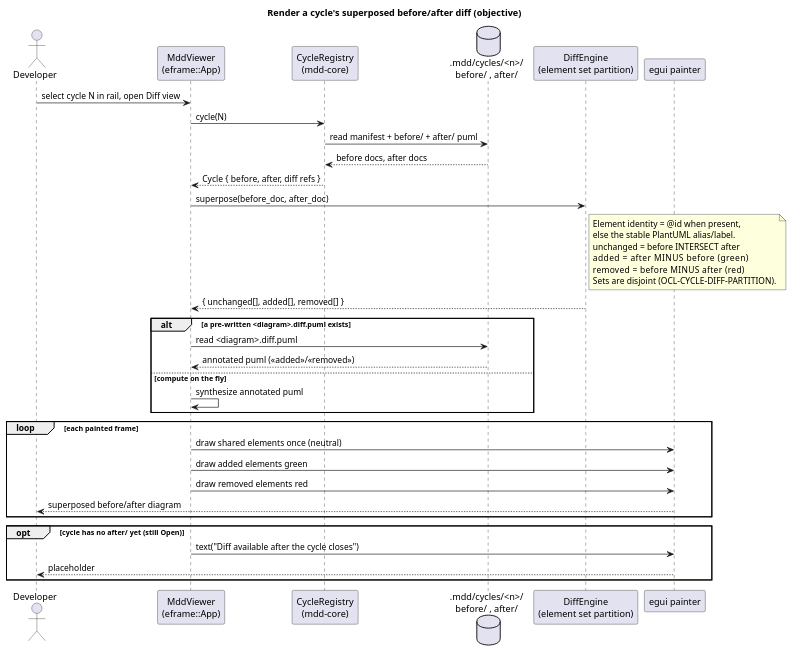
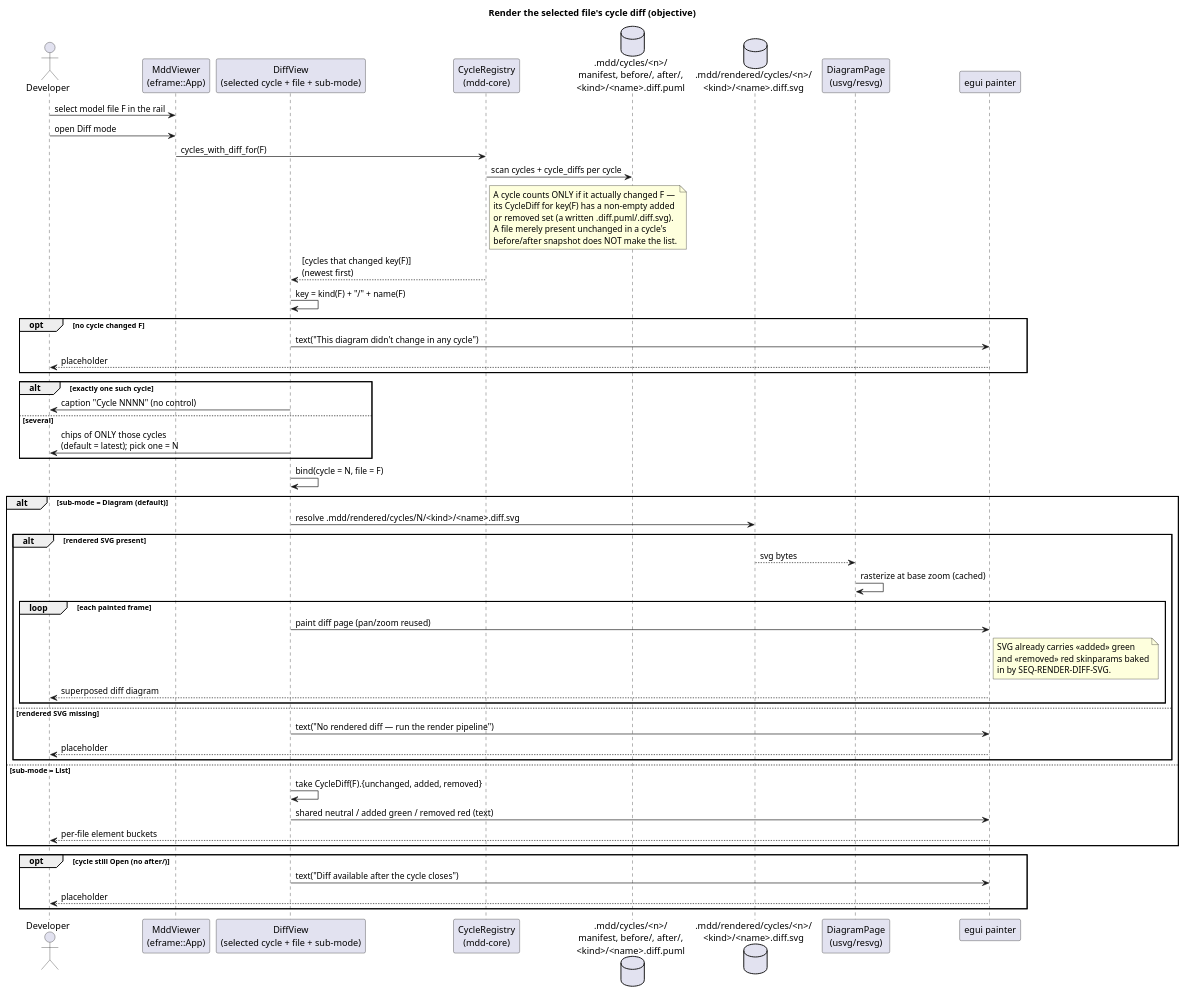
Before and after one commit to cthadeufaria/model-driven-development: the diagram in .mdd/models/objective/sequences/cycle-diff-view.puml, drawn with PlantUML. The commit also changed 366 other files, not shown here.

First line of the commit message:
Checkpoint: uncommitted MDD cycles 0001-0005 and crate work

```diff
--- a/.mdd/models/objective/sequences/cycle-diff-view.puml
+++ b/.mdd/models/objective/sequences/cycle-diff-view.puml
@@ -1,54 +1,78 @@
 @startuml
 ' @id(SEQ-RENDER-CYCLE-DIFF)
 ' @ref(USE-CYCLE-DIFF-VIEW)
+' @ref(USE-DIFF-DIAGRAM)
 '
-' Objective-side flow for the new superposed before/after diff view.
-' The viewer reads a closed cycle's snapshots and renders one diagram
-' with shared elements drawn once, additions green, removals red.
+' Objective-side flow for Diff mode. The view is keyed on the rail-
+' selected file; the cycle is chosen only among cycles that actually
+' changed that file (no global picker), defaulting to the latest. An
+' inner toggle picks the Diagram sub-view (pre-rendered superposed
+' .diff.svg on the canvas) or the List sub-view (per-file buckets).
 '
-' @desc(SEQ-RENDER-CYCLE-DIFF, "How the viewer builds a cycle's superposed diff: read before/ and after/ snapshots, partition elements into unchanged/added/removed, paint added green and removed red.")
-title Render a cycle's superposed before/after diff (objective)
+' @desc(SEQ-RENDER-CYCLE-DIFF, "Diff mode lists only cycles that actually changed the rail-selected file — its CycleDiff has a non-empty added/removed set (a written .diff), not merely present-unchanged in the snapshot (default latest; caption if one; placeholder if none); Diagram paints that cycle's .diff.svg, List shows its buckets.")
+title Render the selected file's cycle diff (objective)
 
 actor "Developer" as Dev
 participant "MddViewer\n(eframe::App)" as Viewer
+participant "DiffView\n(selected cycle + file + sub-mode)" as DV
 participant "CycleRegistry\n(mdd-core)" as Reg
-database ".mdd/cycles/<n>/\nbefore/ , after/" as Store
-participant "DiffEngine\n(element set partition)" as Diff
+database ".mdd/cycles/<n>/\nmanifest, before/, after/,\n<kind>/<name>.diff.puml" as Store
+database ".mdd/rendered/cycles/<n>/\n<kind>/<name>.diff.svg" as Rendered
+participant "DiagramPage\n(usvg/resvg)" as Page
 participant "egui painter" as Painter
 
-Dev -> Viewer : select cycle N in rail, open Diff view
-Viewer -> Reg : cycle(N)
-Reg -> Store : read manifest + before/ + after/ puml
-Store --> Reg : before docs, after docs
-Reg --> Viewer : Cycle { before, after, diff refs }
+Dev -> Viewer : select model file F in the rail
+Dev -> Viewer : open Diff mode
+Viewer -> Reg : cycles_with_diff_for(F)
+Reg -> Store : scan cycles + cycle_diffs per cycle
+note right of Reg
+  A cycle counts ONLY if it actually changed F —
+  its CycleDiff for key(F) has a non-empty added
+  or removed set (a written .diff.puml/.diff.svg).
+  A file merely present unchanged in a cycle's
+  before/after snapshot does NOT make the list.
+end note
+Reg --> DV : [cycles that changed key(F)]\n(newest first)
+DV -> DV : key = kind(F) + "/" + name(F)
 
-Viewer -> Diff : superpose(before_doc, after_doc)
-note right of Diff
-  Element identity = @id when present,
-  else the stable PlantUML alias/label.
-  unchanged = before INTERSECT after
-  added     = after  MINUS before  (green)
-  removed   = before MINUS after   (red)
-  Sets are disjoint (OCL-CYCLE-DIFF-PARTITION).
-end note
-Diff --> Viewer : { unchanged[], added[], removed[] }
-
-alt a pre-written <diagram>.diff.puml exists
-  Viewer -> Store : read <diagram>.diff.puml
-  Store --> Viewer : annotated puml (<<added>>/<<removed>>)
-else compute on the fly
-  Viewer -> Viewer : synthesize annotated puml
+opt no cycle changed F
+  DV -> Painter : text("This diagram didn't change in any cycle")
+  Painter --> Dev : placeholder
 end
 
-loop each painted frame
-  Viewer -> Painter : draw shared elements once (neutral)
-  Viewer -> Painter : draw added elements green
-  Viewer -> Painter : draw removed elements red
-  Painter --> Dev : superposed before/after diagram
+alt exactly one such cycle
+  DV -> Dev : caption "Cycle NNNN" (no control)
+else several
+  DV -> Dev : chips of ONLY those cycles\n(default = latest); pick one = N
+end
+DV -> DV : bind(cycle = N, file = F)
+
+alt sub-mode = Diagram (default)
+  DV -> Rendered : resolve .mdd/rendered/cycles/N/<kind>/<name>.diff.svg
+  alt rendered SVG present
+    Rendered --> Page : svg bytes
+    Page -> Page : rasterize at base zoom (cached)
+    loop each painted frame
+      DV -> Painter : paint diff page (pan/zoom reused)
+      note right of Painter
+        SVG already carries <<added>> green
+        and <<removed>> red skinparams baked
+        in by SEQ-RENDER-DIFF-SVG.
+      end note
+      Painter --> Dev : superposed diff diagram
+    end
+  else rendered SVG missing
+    DV -> Painter : text("No rendered diff — run the render pipeline")
+    Painter --> Dev : placeholder
+  end
+else sub-mode = List
+  DV -> DV : take CycleDiff(F).{unchanged, added, removed}
+  DV -> Painter : shared neutral / added green / removed red (text)
+  Painter --> Dev : per-file element buckets
 end
 
-opt cycle has no after/ yet (still Open)
-  Viewer -> Painter : text("Diff available after the cycle closes")
+opt cycle still Open (no after/)
+  DV -> Painter : text("Diff available after the cycle closes")
   Painter --> Dev : placeholder
 end
 @enduml
```
